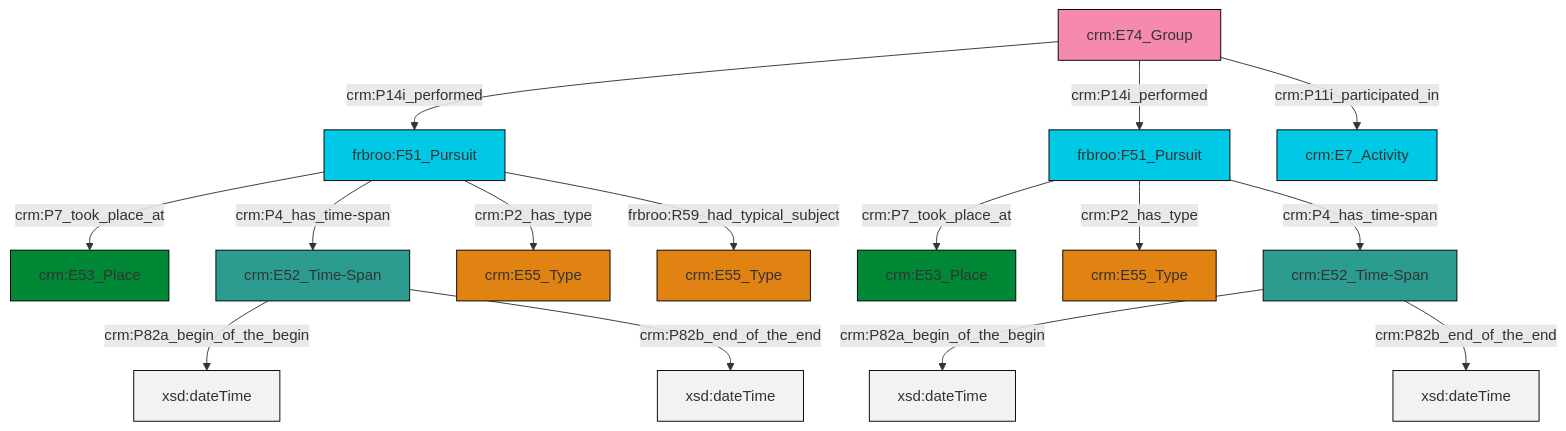
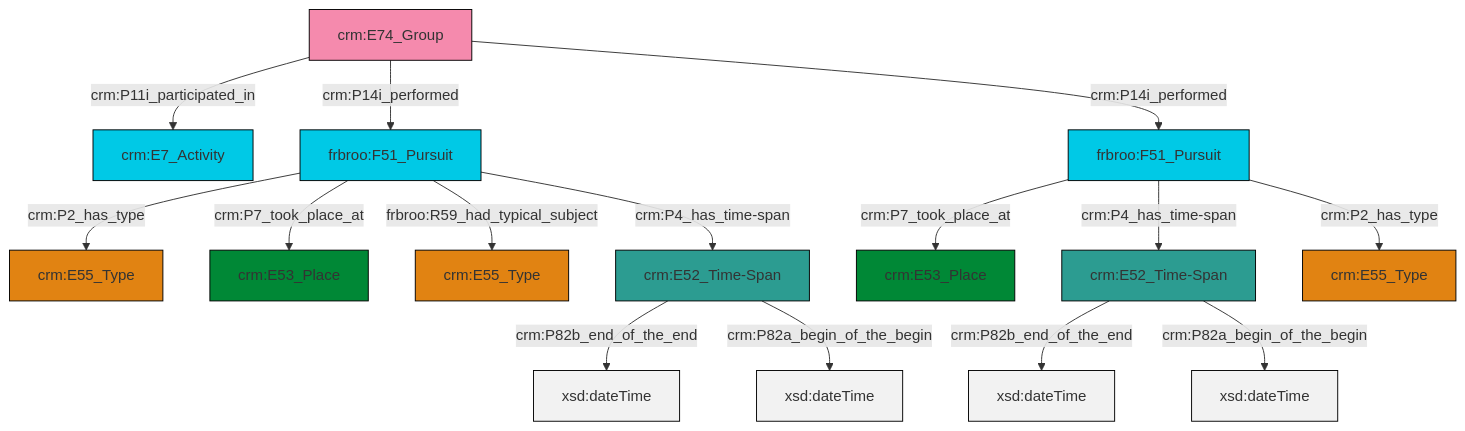
One commit to swiss-art-research-net/docs.swissartresearch changed the diagram in et/groupCSV/ttl/mmd/group_events.ttl.mmd. Above: the diagram before and after it, drawn with Mermaid. The commit also changed 175 other files, not shown here.

```diff
--- a/et/groupCSV/ttl/mmd/group_events.ttl.mmd
+++ b/et/groupCSV/ttl/mmd/group_events.ttl.mmd
@@ -1,29 +1,29 @@
 graph TD
 classDef Literal fill:#f2f2f2,stroke:#000000;
 classDef CRM_Entity fill:#FFFFFF,stroke:#000000;
 classDef Temporal_Entity fill:#00C9E6, stroke:#000000;
 classDef Type fill:#E18312, stroke:#000000;
 classDef Time-Span fill:#2C9C91, stroke:#000000;
 classDef Appellation fill:#FFEB7F, stroke:#000000;
 classDef Place fill:#008836, stroke:#000000;
 classDef Persistent_Item fill:#B266B2, stroke:#000000;
 classDef Conceptual_Object fill:#FFD700, stroke:#000000;
 classDef Physical_Thing fill:#D2B48C, stroke:#000000;
 classDef Actor fill:#f58aad, stroke:#000000;
 classDef PC_Classes fill:#4ce600, stroke:#000000;
 classDef Multi fill:#cccccc,stroke:#000000;
 
-0["crm:E74_Group"]:::Actor -->|crm:P14i_performed| 2["frbroo:F51_Pursuit"]:::Temporal_Entity
-6["frbroo:F51_Pursuit"]:::Temporal_Entity -->|crm:P7_took_place_at| 7["crm:E53_Place"]:::Place
-12["crm:E52_Time-Span"]:::Time-Span -->|crm:P82a_begin_of_the_begin| 13[xsd:dateTime]:::Literal
-2["frbroo:F51_Pursuit"]:::Temporal_Entity -->|crm:P7_took_place_at| 14["crm:E53_Place"]:::Place
-6["frbroo:F51_Pursuit"]:::Temporal_Entity -->|crm:P2_has_type| 4["crm:E55_Type"]:::Type
-15["crm:E52_Time-Span"]:::Time-Span -->|crm:P82a_begin_of_the_begin| 16[xsd:dateTime]:::Literal
-0["crm:E74_Group"]:::Actor -->|crm:P14i_performed| 6["frbroo:F51_Pursuit"]:::Temporal_Entity
-0["crm:E74_Group"]:::Actor -->|crm:P11i_participated_in| 17["crm:E7_Activity"]:::Temporal_Entity
-2["frbroo:F51_Pursuit"]:::Temporal_Entity -->|crm:P4_has_time-span| 12["crm:E52_Time-Span"]:::Time-Span
-2["frbroo:F51_Pursuit"]:::Temporal_Entity -->|crm:P2_has_type| 9["crm:E55_Type"]:::Type
-2["frbroo:F51_Pursuit"]:::Temporal_Entity -->|frbroo:R59_had_typical_subject| 20["crm:E55_Type"]:::Type
-12["crm:E52_Time-Span"]:::Time-Span -->|crm:P82b_end_of_the_end| 25[xsd:dateTime]:::Literal
-15["crm:E52_Time-Span"]:::Time-Span -->|crm:P82b_end_of_the_end| 26[xsd:dateTime]:::Literal
-6["frbroo:F51_Pursuit"]:::Temporal_Entity -->|crm:P4_has_time-span| 15["crm:E52_Time-Span"]:::Time-Span
+0["frbroo:F51_Pursuit"]:::Temporal_Entity -->|crm:P2_has_type| 1["crm:E55_Type"]:::Type
+2["crm:E52_Time-Span"]:::Time-Span -->|crm:P82b_end_of_the_end| 3[xsd:dateTime]:::Literal
+7["crm:E74_Group"]:::Actor -->|crm:P11i_participated_in| 5["crm:E7_Activity"]:::Temporal_Entity
+13["frbroo:F51_Pursuit"]:::Temporal_Entity -->|crm:P7_took_place_at| 11["crm:E53_Place"]:::Place
+7["crm:E74_Group"]:::Actor -->|crm:P14i_performed| 0["frbroo:F51_Pursuit"]:::Temporal_Entity
+0["frbroo:F51_Pursuit"]:::Temporal_Entity -->|crm:P7_took_place_at| 14["crm:E53_Place"]:::Place
+0["frbroo:F51_Pursuit"]:::Temporal_Entity -->|frbroo:R59_had_typical_subject| 15["crm:E55_Type"]:::Type
+13["frbroo:F51_Pursuit"]:::Temporal_Entity -->|crm:P4_has_time-span| 2["crm:E52_Time-Span"]:::Time-Span
+8["crm:E52_Time-Span"]:::Time-Span -->|crm:P82b_end_of_the_end| 23[xsd:dateTime]:::Literal
+8["crm:E52_Time-Span"]:::Time-Span -->|crm:P82a_begin_of_the_begin| 26[xsd:dateTime]:::Literal
+7["crm:E74_Group"]:::Actor -->|crm:P14i_performed| 13["frbroo:F51_Pursuit"]:::Temporal_Entity
+2["crm:E52_Time-Span"]:::Time-Span -->|crm:P82a_begin_of_the_begin| 27[xsd:dateTime]:::Literal
+0["frbroo:F51_Pursuit"]:::Temporal_Entity -->|crm:P4_has_time-span| 8["crm:E52_Time-Span"]:::Time-Span
+13["frbroo:F51_Pursuit"]:::Temporal_Entity -->|crm:P2_has_type| 16["crm:E55_Type"]:::Type
```
